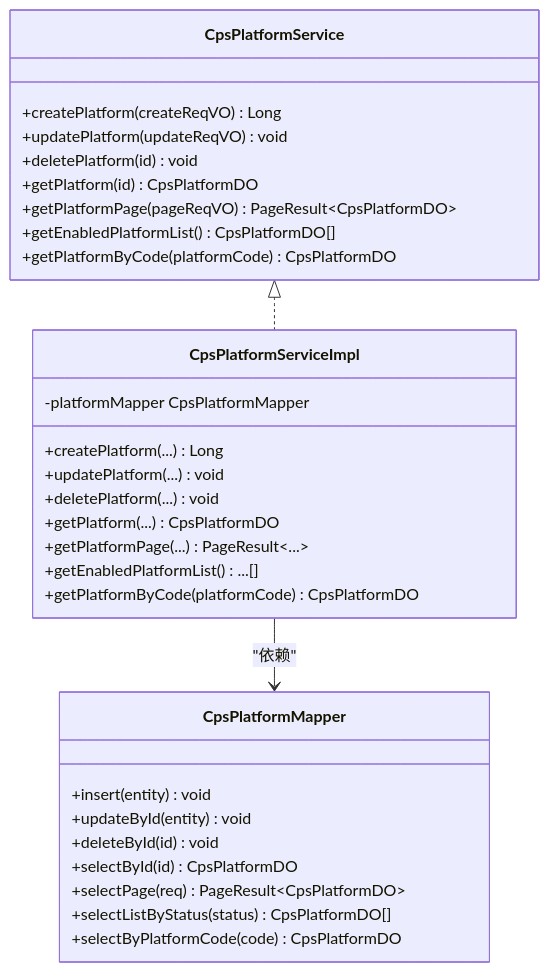
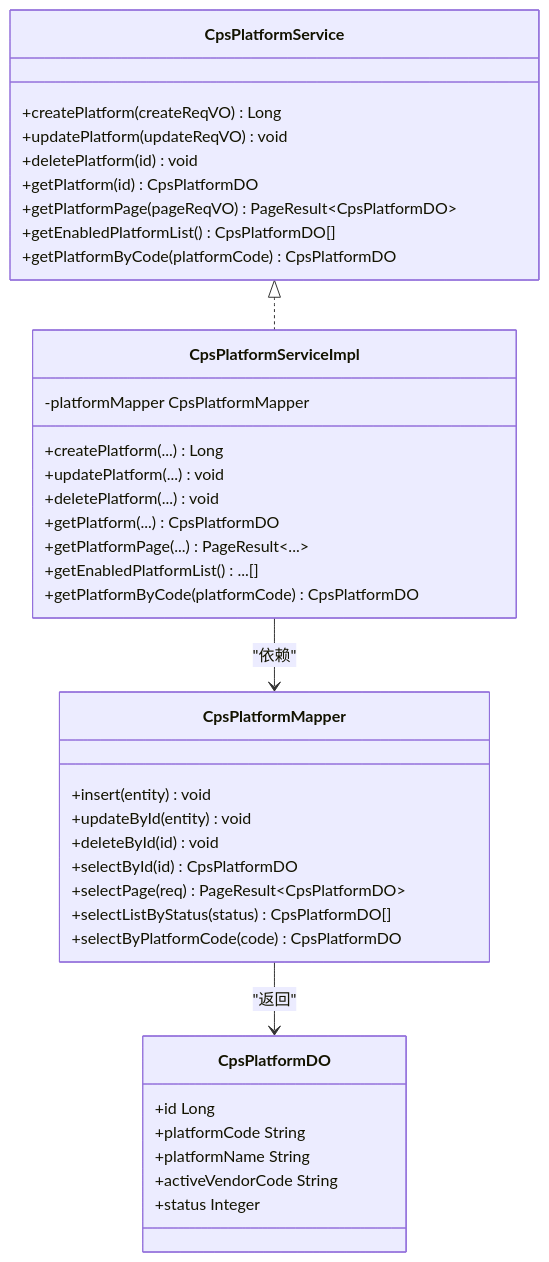
The third of 13 diagrams in .qoder/repowiki/zh/content/后端服务架构/业务模块概览/CPS业务模块/平台适配器系统.md (zhuangpengLI/AgenticCPS), drawn with Mermaid before and after one commit. The commit also changed other lines of this file and 9 other files, not shown here.

````diff
--- a/.qoder/repowiki/zh/content/后端服务架构/业务模块概览/CPS业务模块/平台适配器系统.md
+++ b/.qoder/repowiki/zh/content/后端服务架构/业务模块概览/CPS业务模块/平台适配器系统.md
@@ -258,33 +297,41 @@
 ```mermaid
 classDiagram
 class CpsPlatformService {
 +createPlatform(createReqVO) Long
 +updatePlatform(updateReqVO) void
 +deletePlatform(id) void
 +getPlatform(id) CpsPlatformDO
 +getPlatformPage(pageReqVO) PageResult~CpsPlatformDO~
 +getEnabledPlatformList() CpsPlatformDO[]
 +getPlatformByCode(platformCode) CpsPlatformDO
 }
 class CpsPlatformServiceImpl {
 -platformMapper CpsPlatformMapper
 +createPlatform(...) Long
 +updatePlatform(...) void
 +deletePlatform(...) void
 +getPlatform(...) CpsPlatformDO
 +getPlatformPage(...) PageResult~...~
 +getEnabledPlatformList() ...[]
 +getPlatformByCode(platformCode) CpsPlatformDO
 }
 class CpsPlatformMapper {
 +insert(entity) void
 +updateById(entity) void
 +deleteById(id) void
 +selectById(id) CpsPlatformDO
 +selectPage(req) PageResult~CpsPlatformDO~
 +selectListByStatus(status) CpsPlatformDO[]
 +selectByPlatformCode(code) CpsPlatformDO
 }
+class CpsPlatformDO {
++id Long
++platformCode String
++platformName String
++activeVendorCode String
++status Integer
+}
 CpsPlatformService <|.. CpsPlatformServiceImpl
 CpsPlatformServiceImpl --> CpsPlatformMapper : "依赖"
+CpsPlatformMapper --> CpsPlatformDO : "返回"
 ```
````
